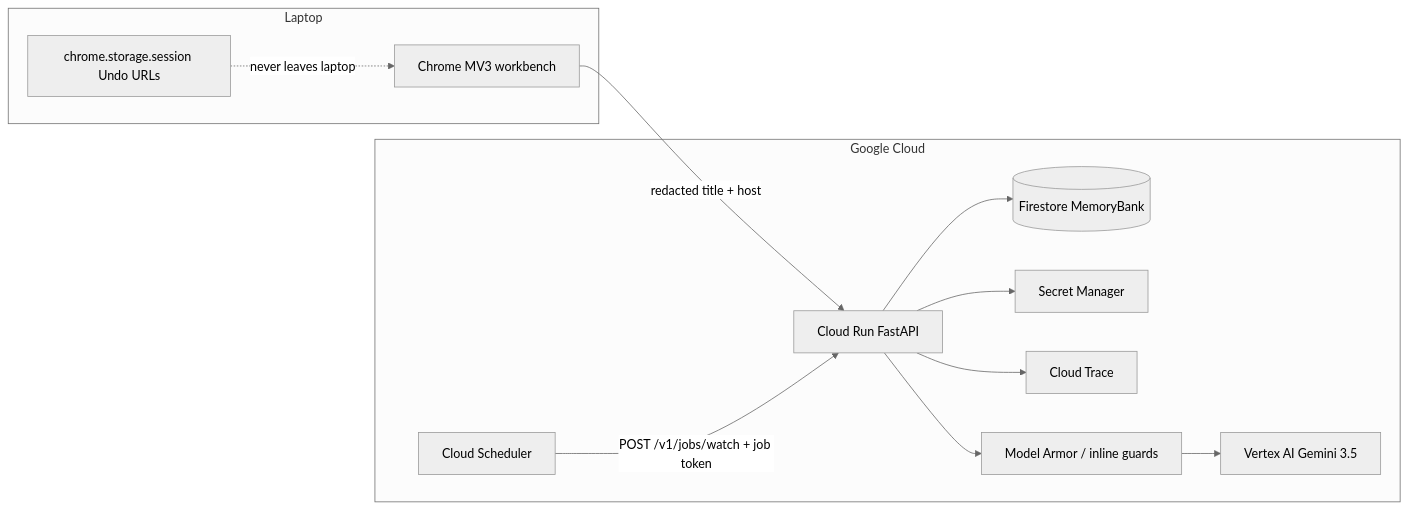
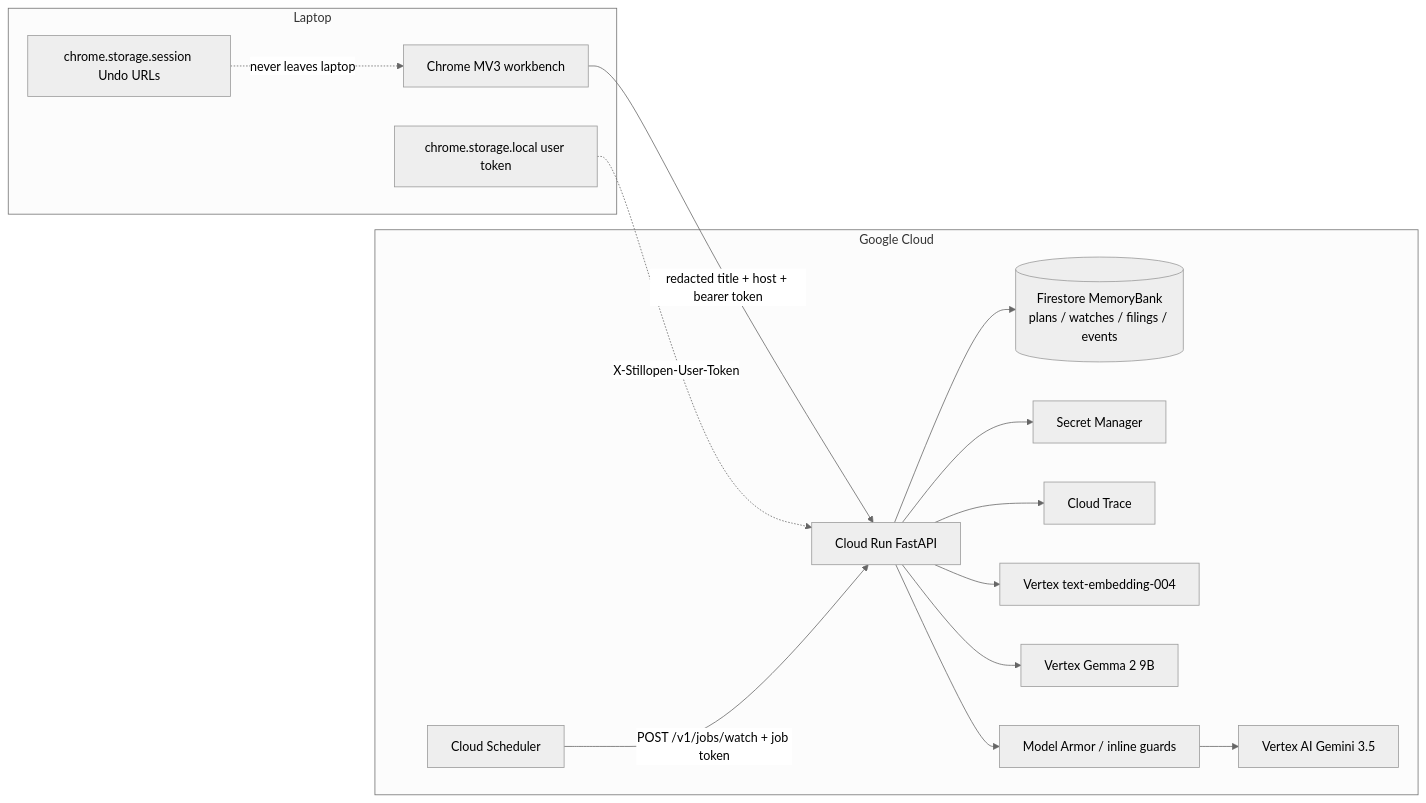
The diagram in ARCHITECTURE.md (gregbenja308-dev/StillOpen), drawn with Mermaid (neutral theme) before and after one commit. The commit also changed other lines of this file and 48 other files, not shown here.

First line of the commit message:
Rearchitect done-path around ADK graph, add fidelity + server-intent guardrails.

````diff
--- a/ARCHITECTURE.md
+++ b/ARCHITECTURE.md
@@ -9,25 +10,31 @@
 ```mermaid
 flowchart LR
   subgraph laptop [Laptop]
     EXT[Chrome MV3 workbench]
     UNDO[chrome.storage.session Undo URLs]
+    TOK[chrome.storage.local user token]
   end
 
   subgraph gcp [Google Cloud]
     RUN[Cloud Run FastAPI]
-    FS[(Firestore MemoryBank)]
+    FS[(Firestore MemoryBank<br/>plans / watches / filings / events)]
     SCH[Cloud Scheduler]
     SM[Secret Manager]
     TRACE[Cloud Trace]
     VX[Vertex AI Gemini 3.5]
+    EMB[Vertex text-embedding-004]
+    GEM[Vertex Gemma 2 9B]
     ARM[Model Armor / inline guards]
   end
 
-  EXT -->|redacted title + host| RUN
+  EXT -->|redacted title + host + bearer token| RUN
   UNDO -.->|never leaves laptop| EXT
+  TOK -.->|X-Stillopen-User-Token| RUN
   SCH -->|POST /v1/jobs/watch + job token| RUN
   RUN --> FS
   RUN --> SM
   RUN --> TRACE
   RUN --> ARM --> VX
+  RUN --> EMB
+  RUN --> GEM
 ```
````
